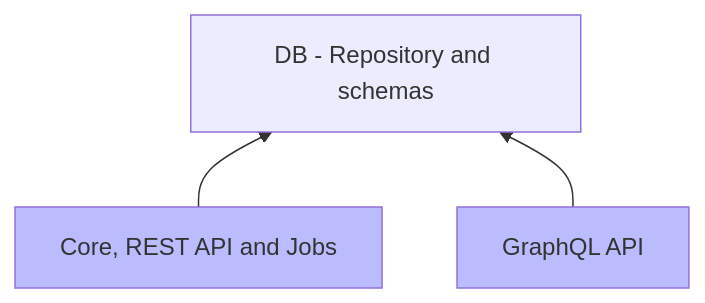
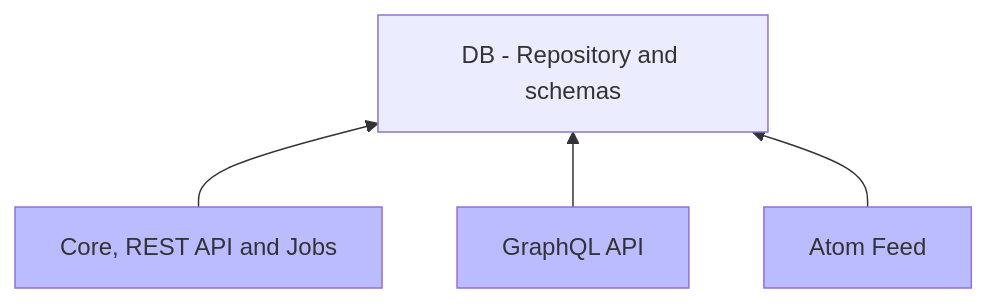
The first of 2 diagrams in README.md (CaptainFact/captain-fact-api), drawn with Mermaid before and after one commit. The commit also changed other lines of this file and 14 other files, not shown here.

````diff
--- a/README.md
+++ b/README.md
@@ -26,8 +36,10 @@
 ```mermaid
 graph BT;
     CaptainFact[Core, REST API and Jobs] --> DB[DB - Repository and schemas];
     GraphQL[GraphQL API] --> DB;
+    ATOM[Atom Feed] --> DB;
     
     style CaptainFact fill:#BBF;
     style GraphQL fill:#BBF;
+    style ATOM fill:#BBF;
 ```
````
